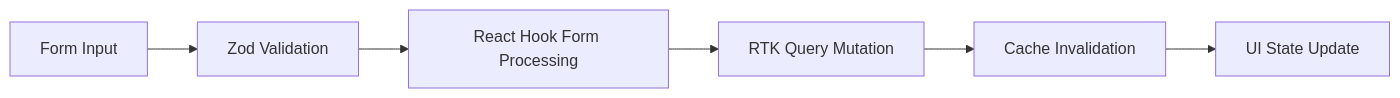
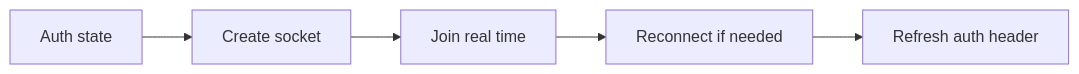
Before and after one commit to Congglee/trellone-app: the fifth of 5 diagrams in .kilocode/rules/memory-bank/architecture.md, drawn with Mermaid. The commit also changed other lines of this file and 40 other files, not shown here.

Commit message:
refactor: standardize RTK Query mutation handling and update project documentation

````diff
--- a/.kilocode/rules/memory-bank/architecture.md
+++ b/.kilocode/rules/memory-bank/architecture.md
@@ -273,8 +152,7 @@
 ```mermaid
 graph LR
-    A[Form Input] --> B[Zod Validation]
-    B --> C[React Hook Form Processing]
-    C --> D[RTK Query Mutation]
-    D --> E[Cache Invalidation]
-    E --> F[UI State Update]
+    A[Auth state] --> B[Create socket]
+    B --> C[Join real time]
+    C --> D[Reconnect if needed]
+    D --> E[Refresh auth header]
 ```
````
